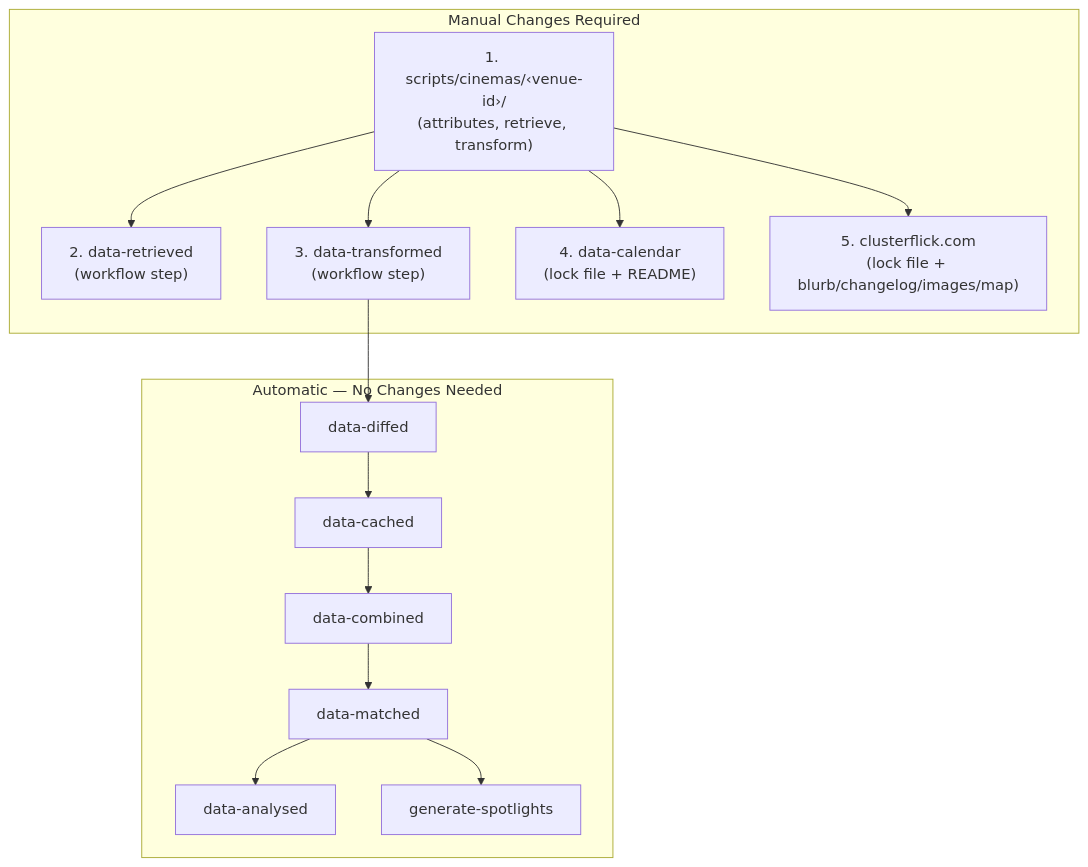
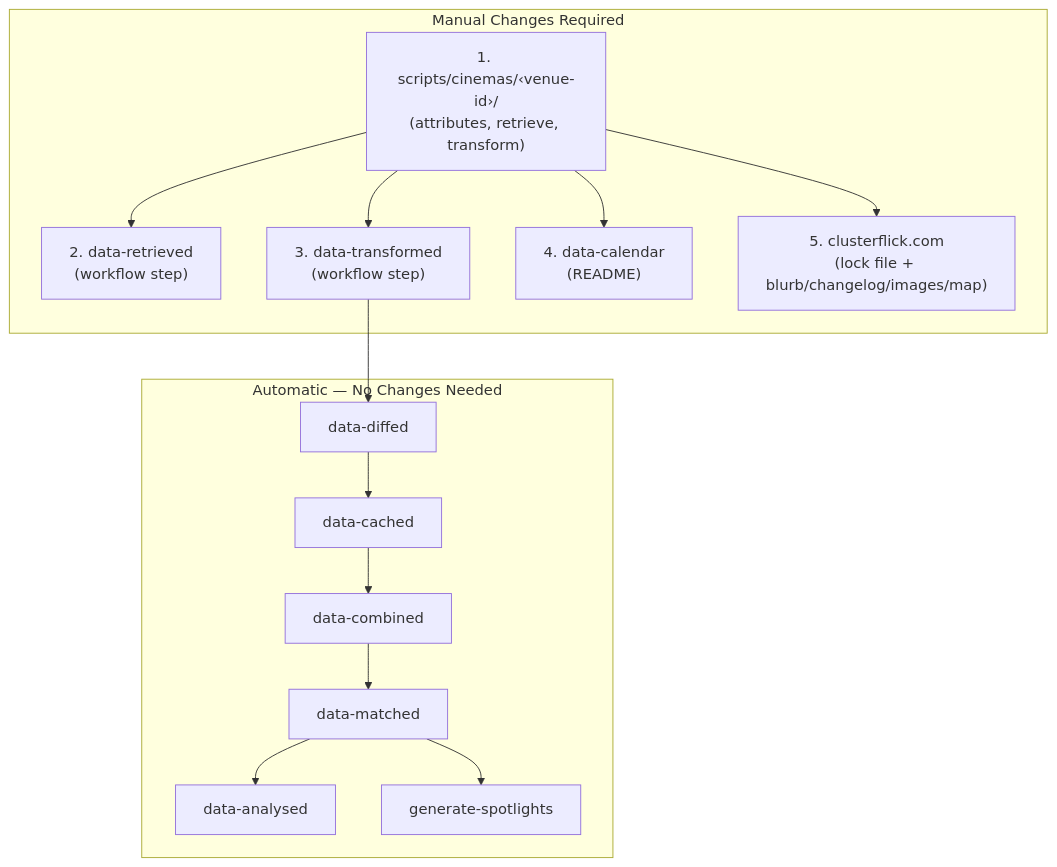
One commit to clusterflick/scripts changed the diagram in docs/adding-a-venue.md. Above: the diagram before and after it, drawn with Mermaid. The commit also changed other lines of this file, not shown here.

````diff
--- a/docs/adding-a-venue.md
+++ b/docs/adding-a-venue.md
@@ -9,26 +9,26 @@
 ```mermaid
 flowchart TD
     subgraph "Manual Changes Required"
         A["1. scripts/cinemas/‹venue-id›/\n(attributes, retrieve, transform)"]
         B["2. data-retrieved\n(workflow step)"]
         C["3. data-transformed\n(workflow step)"]
-        D["4. data-calendar\n(lock file + README)"]
+        D["4. data-calendar\n(README)"]
         E["5. clusterflick.com\n(lock file + blurb/changelog/images/map)"]
     end
 
     subgraph "Automatic — No Changes Needed"
         F[data-combined]
         G[data-matched]
         H[data-analysed]
         I[generate-spotlights]
         J[data-cached]
         K[data-diffed]
     end
 
     A --> B
     A --> C
     A --> D
     A --> E
     C --> K --> J --> F --> G --> H
     G --> I
 ```
````
